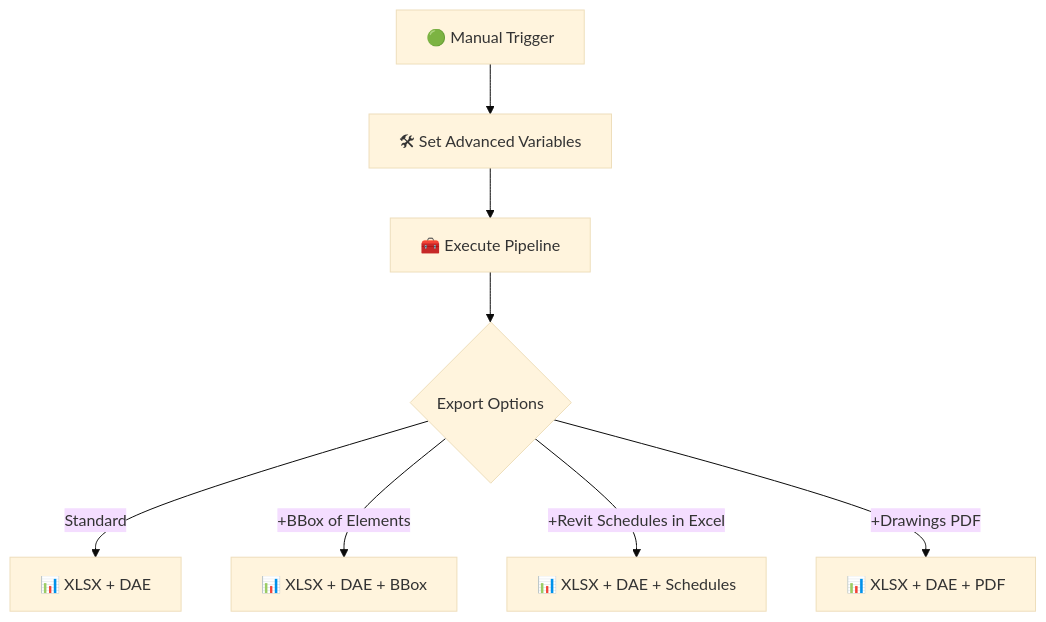
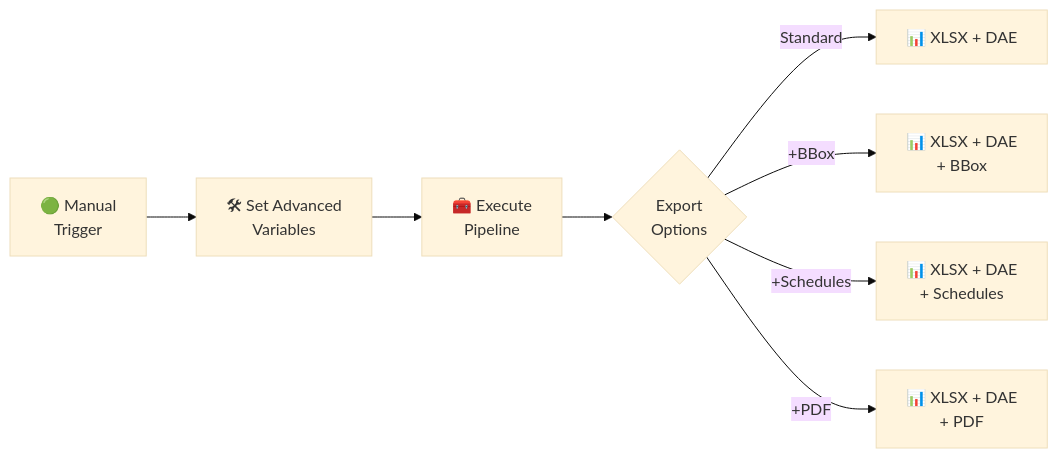
The second of 4 diagrams in README.md (ehtick/cad2data-Revit-IFC-DWG-DGN-pipeline-with-conversion-validation-qto), drawn with Mermaid (base theme) before and after one commit. The commit also changed other lines of this file, not shown here.

````diff
--- a/README.md
+++ b/README.md
@@ -228,10 +228,10 @@
 ```mermaid
-graph TD;
-    A[🟢 Manual Trigger] --> B[🛠 Set Advanced Variables]
-    B --> C[🧰 Execute Pipeline]
-    C --> D{Export Options}
+graph LR;
+    A[🟢 Manual<br/>Trigger] --> B[🛠 Set Advanced<br/>Variables]
+    B --> C[🧰 Execute<br/>Pipeline]
+    C --> D{Export<br/>Options}
     D -->|Standard| F[📊 XLSX + DAE]
-    D -->|+BBox of Elements| G[📊 XLSX + DAE + BBox]
-    D -->|+Revit Schedules in Excel| H[📊 XLSX + DAE + Schedules]
-    D -->|+Drawings PDF| I[📊 XLSX + DAE + PDF]
+    D -->|+BBox| G[📊 XLSX + DAE<br/>+ BBox]
+    D -->|+Schedules| H[📊 XLSX + DAE<br/>+ Schedules]
+    D -->|+PDF| I[📊 XLSX + DAE<br/>+ PDF]
 ```
````
